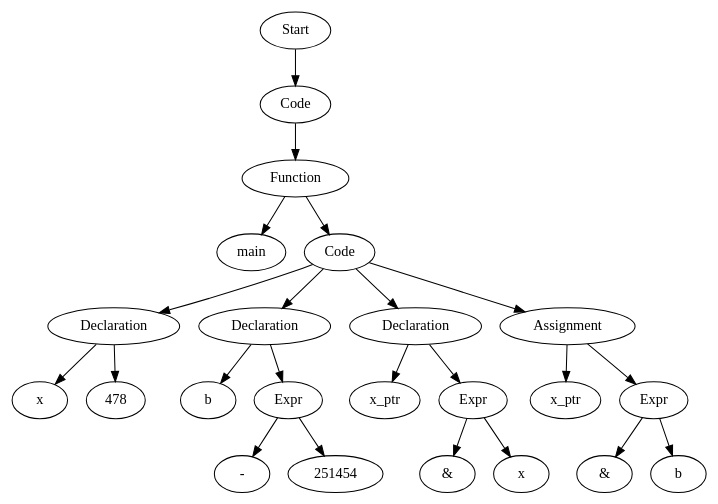
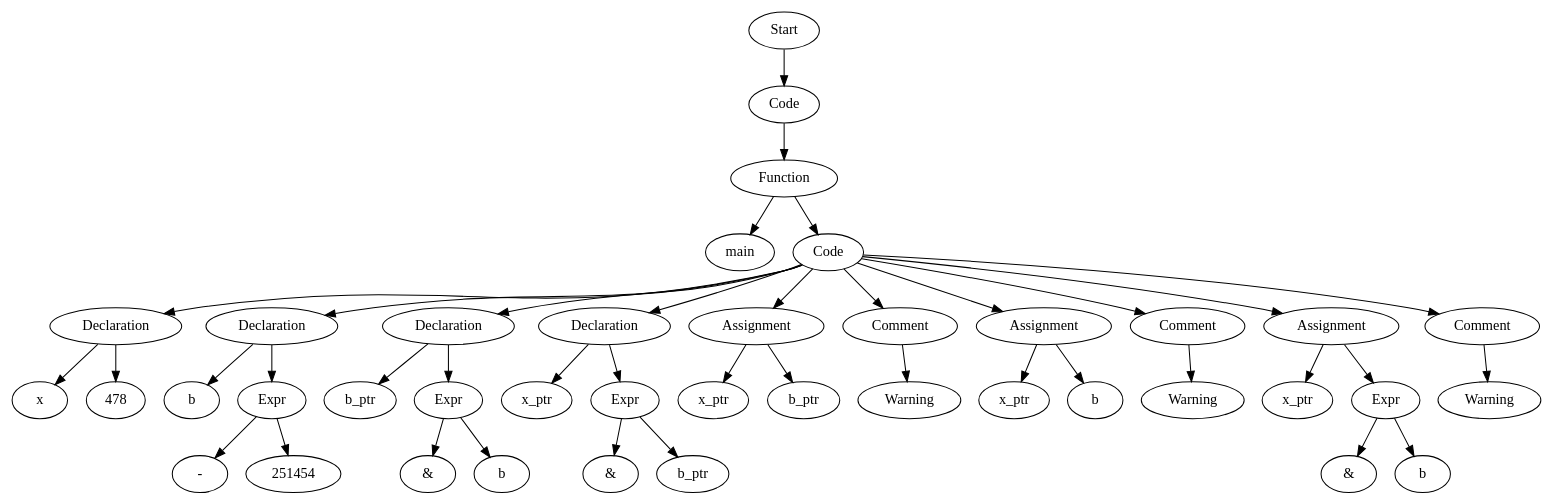
The diagram in src/TestFiles/ASTTests/SemanticErrorsTests/CreateTests/read_file_before.dot (Are-you-listening/Compilers), drawn with Graphviz before and after one commit. The commit also changed 22 other files, not shown here.

```diff
--- a/src/TestFiles/ASTTests/SemanticErrorsTests/CreateTests/read_file_before.dot
+++ b/src/TestFiles/ASTTests/SemanticErrorsTests/CreateTests/read_file_before.dot
@@ -1,47 +1,81 @@
 digraph AST {
-  "126744422423552" [label="Start"];
-  "126744422423552" -> "126744422424896";
-  "126744422424896" [label="Code"];
-  "126744422424896" -> "126744422424752";
-  "126744422424752" [label="Function"];
-  "126744422424752" -> "126744422422928";
-  "126744422424752" -> "126744422422112";
-  "126744422422928" [label="main"];
-  "126744422422112" [label="Code"];
-  "126744422422112" -> "126744422424800";
-  "126744422422112" -> "126744422422064";
-  "126744422422112" -> "126744422426288";
-  "126744422422112" -> "126744422427200";
-  "126744422424800" [label="Declaration"];
-  "126744422424800" -> "126744422420432";
-  "126744422424800" -> "126744422422016";
-  "126744422420432" [label="x"];
-  "126744422422016" [label="478"];
-  "126744422422064" [label="Declaration"];
-  "126744422422064" -> "126744422426000";
-  "126744422422064" -> "126744422426144";
-  "126744422426000" [label="b"];
-  "126744422426144" [label="Expr"];
-  "126744422426144" -> "126744422426240";
-  "126744422426144" -> "126744422426576";
-  "126744422426240" [label="-"];
-  "126744422426576" [label="251454"];
-  "126744422426288" [label="Declaration"];
-  "126744422426288" -> "126744422426864";
-  "126744422426288" -> "126744422427056";
-  "126744422426864" [label="x_ptr"];
-  "126744422427056" [label="Expr"];
-  "126744422427056" -> "126744422427152";
-  "126744422427056" -> "126744422427488";
-  "126744422427152" [label="&"];
-  "126744422427488" [label="x"];
-  "126744422427200" [label="Assignment"];
-  "126744422427200" -> "126744422427584";
-  "126744422427200" -> "126744422427728";
-  "126744422427584" [label="x_ptr"];
-  "126744422427728" [label="Expr"];
-  "126744422427728" -> "126744422427824";
-  "126744422427728" -> "126744422428160";
-  "126744422427824" [label="&"];
-  "126744422428160" [label="b"];
+  "128432577322896" [label="Start"];
+  "128432577322896" -> "128432577323232";
+  "128432577323232" [label="Code"];
+  "128432577323232" -> "128432577326064";
+  "128432577326064" [label="Function"];
+  "128432577326064" -> "128432577319392";
+  "128432577326064" -> "128432577325632";
+  "128432577319392" [label="main"];
+  "128432577325632" [label="Code"];
+  "128432577325632" -> "128432577323712";
+  "128432577325632" -> "128432577327360";
+  "128432577325632" -> "128432577327936";
+  "128432577325632" -> "128432577326304";
+  "128432577325632" -> "128432577245584";
+  "128432577325632" -> "128432577245392";
+  "128432577325632" -> "128432577245104";
+  "128432577325632" -> "128432577245200";
+  "128432577325632" -> "128432577244672";
+  "128432577325632" -> "128432577244480";
+  "128432577323712" [label="Declaration"];
+  "128432577323712" -> "128432577327024";
+  "128432577323712" -> "128432577322512";
+  "128432577327024" [label="x"];
+  "128432577322512" [label="478"];
+  "128432577327360" [label="Declaration"];
+  "128432577327360" -> "128432577330960";
+  "128432577327360" -> "128432577319968";
+  "128432577330960" [label="b"];
+  "128432577319968" [label="Expr"];
+  "128432577319968" -> "128432577328032";
+  "128432577319968" -> "128432577326352";
+  "128432577328032" [label="-"];
+  "128432577326352" [label="251454"];
+  "128432577327936" [label="Declaration"];
+  "128432577327936" -> "128432577323616";
+  "128432577327936" -> "128432577321360";
+  "128432577323616" [label="b_ptr"];
+  "128432577321360" [label="Expr"];
+  "128432577321360" -> "128432577325728";
+  "128432577321360" -> "128432577326400";
+  "128432577325728" [label="&"];
+  "128432577326400" [label="b"];
+  "128432577326304" [label="Declaration"];
+  "128432577326304" -> "128432577325392";
+  "128432577326304" -> "128432577326832";
+  "128432577325392" [label="x_ptr"];
+  "128432577326832" [label="Expr"];
+  "128432577326832" -> "128432577321840";
+  "128432577326832" -> "128432577243328";
+  "128432577321840" [label="&"];
+  "128432577243328" [label="b_ptr"];
+  "128432577245584" [label="Assignment"];
+  "128432577245584" -> "128432577243376";
+  "128432577245584" -> "128432577244384";
+  "128432577243376" [label="x_ptr"];
+  "128432577244384" [label="b_ptr"];
+  "128432577245392" [label="Comment"];
+  "128432577245392" -> "128432577245920";
+  "128432577245920" [label="Warning"];
+  "128432577245104" [label="Assignment"];
+  "128432577245104" -> "128432577245296";
+  "128432577245104" -> "128432577243520";
+  "128432577245296" [label="x_ptr"];
+  "128432577243520" [label="b"];
+  "128432577245200" [label="Comment"];
+  "128432577245200" -> "128432577245968";
+  "128432577245968" [label="Warning"];
+  "128432577244672" [label="Assignment"];
+  "128432577244672" -> "128432577243232";
+  "128432577244672" -> "128432577243568";
+  "128432577243232" [label="x_ptr"];
+  "128432577243568" [label="Expr"];
+  "128432577243568" -> "128432577245344";
+  "128432577243568" -> "128432577244048";
+  "128432577245344" [label="&"];
+  "128432577244048" [label="b"];
+  "128432577244480" [label="Comment"];
+  "128432577244480" -> "128432577246016";
+  "128432577246016" [label="Warning"];
 }
```
